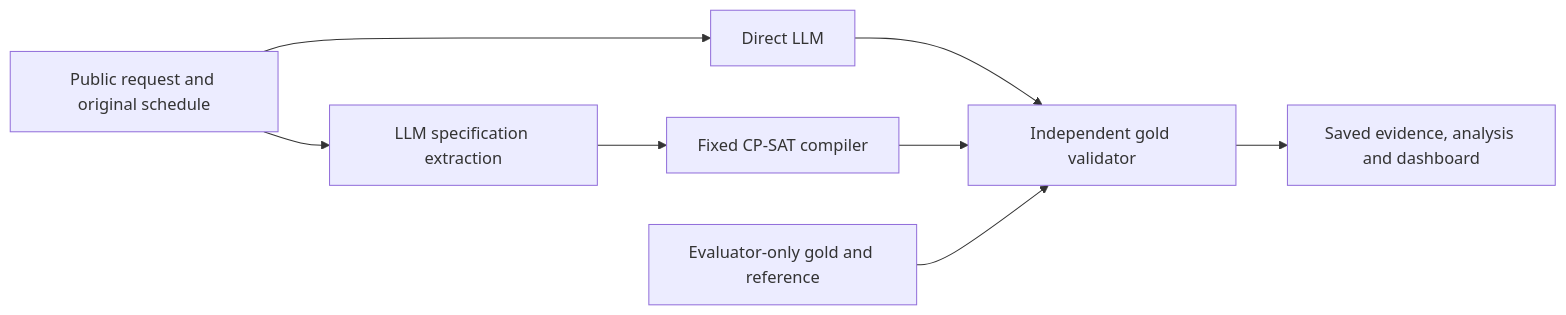
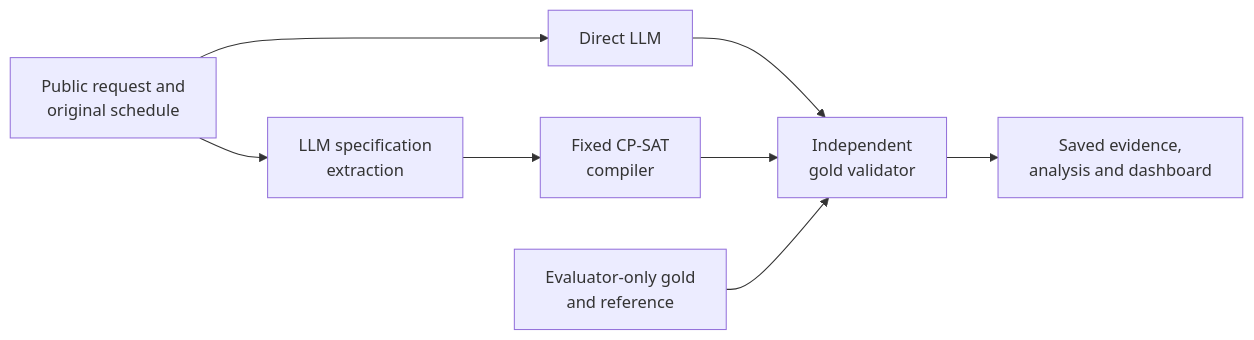
One commit to JellyPenguinnn/cs3263_group23 changed the diagram in README.md. Above: the diagram before and after it, drawn with Mermaid. The commit also changed 7 other files, not shown here.

Commit message:
Improve diagram label wrapping and report arrow readability

````diff
--- a/README.md
+++ b/README.md
@@ -23,10 +23,10 @@
 ```mermaid
 flowchart LR
-  R[Public request and original schedule] --> A[Direct LLM]
-  R --> B[LLM specification extraction]
-  B --> S[Fixed CP-SAT compiler]
-  A --> V[Independent gold validator]
+  R[Public request and<br/>original schedule] --> A[Direct LLM]
+  R --> B[LLM specification<br/>extraction]
+  B --> S[Fixed CP-SAT<br/>compiler]
+  A --> V[Independent<br/>gold validator]
   S --> V
-  G[Evaluator-only gold and reference] --> V
-  V --> E[Saved evidence, analysis and dashboard]
+  G[Evaluator-only gold<br/>and reference] --> V
+  V --> E[Saved evidence,<br/>analysis and dashboard]
 ```
````
